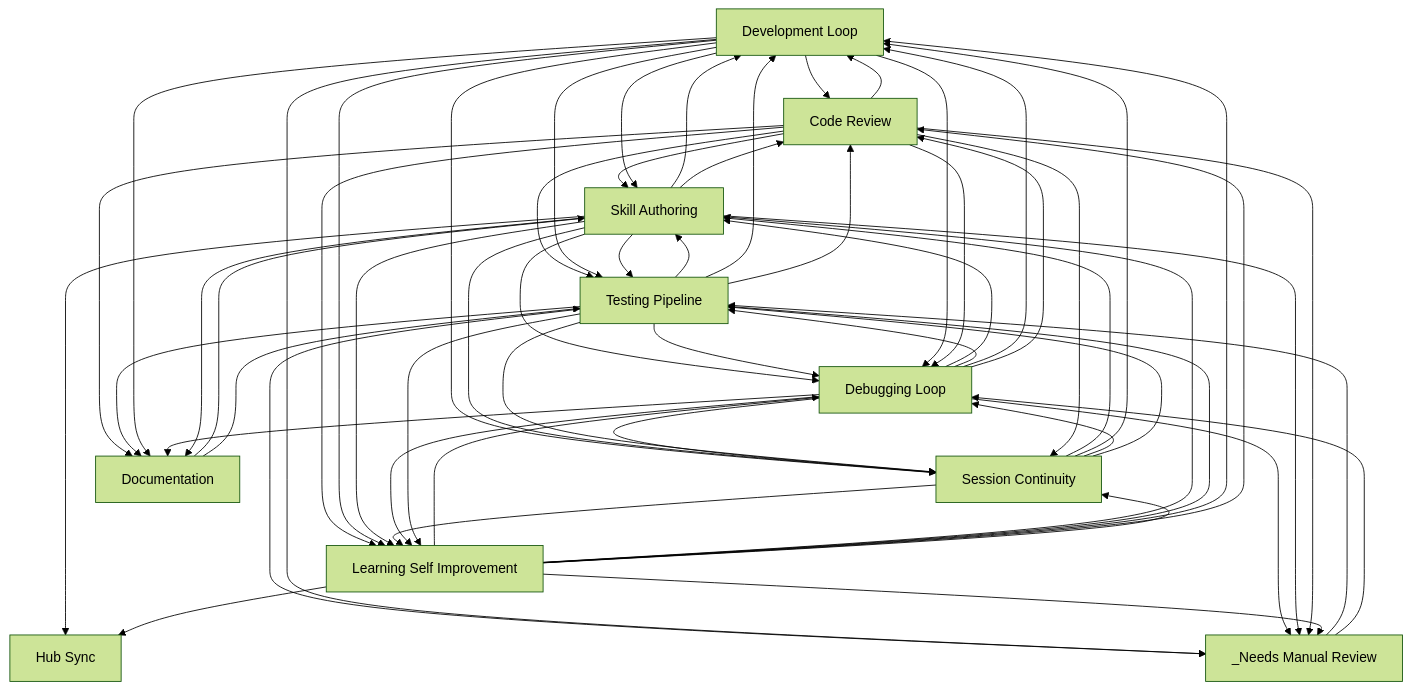
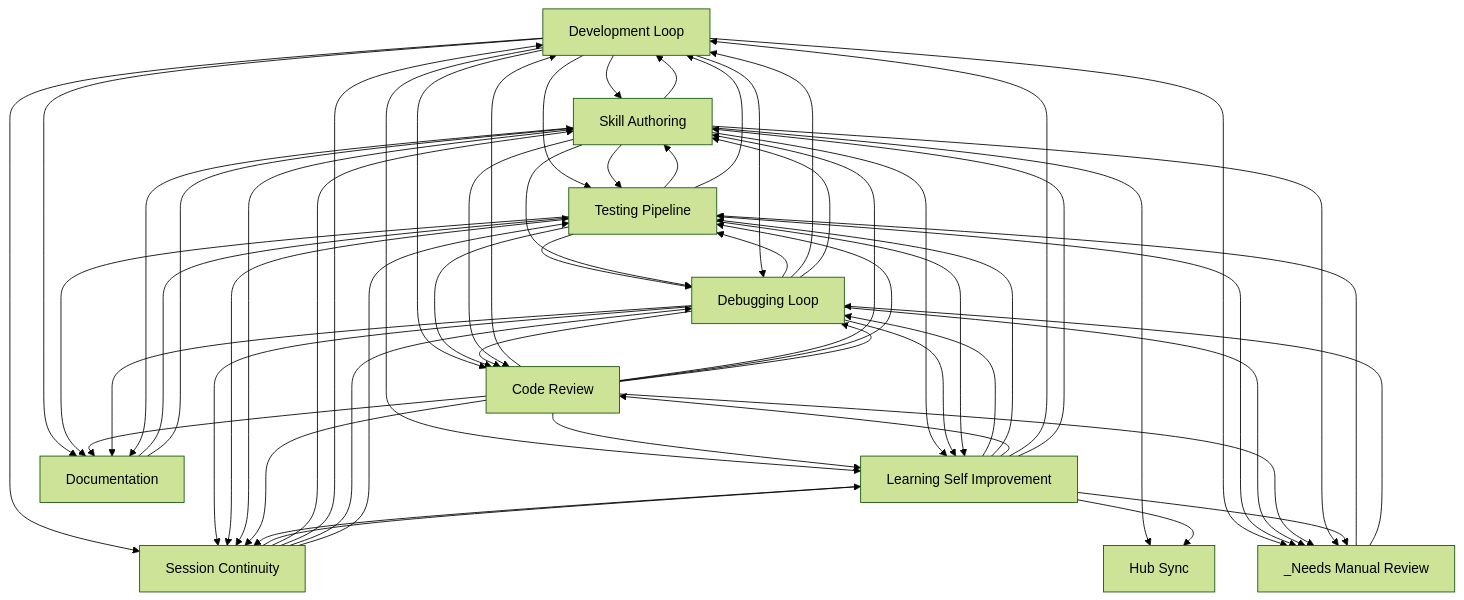
Before and after one commit to abhayla/claude-best-practices: the diagram in docs/workflows/INDEX.md, drawn with Mermaid (forest theme). The commit also changed other lines of this file and 13 other files, not shown here.

````diff
--- a/docs/workflows/INDEX.md
+++ b/docs/workflows/INDEX.md
@@ -22,71 +22,71 @@
 ```mermaid
 graph TD
     development_loop[Development Loop]
     testing_pipeline[Testing Pipeline]
     debugging_loop[Debugging Loop]
     learning_self_improvement[Learning Self Improvement]
     session_continuity[Session Continuity]
     skill_authoring[Skill Authoring]
     code_review[Code Review]
     documentation[Documentation]
     hub_sync[Hub Sync]
     _needs_manual_review[_Needs Manual Review]
+    documentation --> testing_pipeline
     documentation --> skill_authoring
-    documentation --> testing_pipeline
+    development_loop --> skill_authoring
+    development_loop --> code_review
+    code_review --> development_loop
     code_review --> skill_authoring
-    code_review --> development_loop
-    development_loop --> code_review
-    development_loop --> skill_authoring
+    development_loop --> testing_pipeline
+    development_loop --> learning_self_improvement
     code_review --> testing_pipeline
     code_review --> learning_self_improvement
-    development_loop --> testing_pipeline
-    development_loop --> learning_self_improvement
+    testing_pipeline --> skill_authoring
     skill_authoring --> testing_pipeline
-    testing_pipeline --> skill_authoring
+    testing_pipeline --> development_loop
+    testing_pipeline --> debugging_loop
+    skill_authoring --> development_loop
     skill_authoring --> debugging_loop
-    skill_authoring --> development_loop
-    testing_pipeline --> debugging_loop
-    testing_pipeline --> development_loop
     testing_pipeline --> code_review
+    debugging_loop --> testing_pipeline
+    debugging_loop --> code_review
+    debugging_loop --> development_loop
     debugging_loop --> skill_authoring
-    debugging_loop --> testing_pipeline
-    debugging_loop --> development_loop
-    debugging_loop --> code_review
     development_loop --> debugging_loop
     skill_authoring --> code_review
     skill_authoring --> learning_self_improvement
+    development_loop --> _needs_manual_review
     testing_pipeline --> _needs_manual_review
-    development_loop --> _needs_manual_review
+    development_loop --> documentation
+    testing_pipeline --> documentation
     code_review --> documentation
-    testing_pipeline --> documentation
-    development_loop --> documentation
     development_loop --> session_continuity
     session_continuity --> learning_self_improvement
     _needs_manual_review --> testing_pipeline
-    skill_authoring --> session_continuity
     debugging_loop --> session_continuity
     testing_pipeline --> session_continuity
+    skill_authoring --> session_continuity
     _needs_manual_review --> debugging_loop
     debugging_loop --> learning_self_improvement
     testing_pipeline --> learning_self_improvement
     learning_self_improvement --> debugging_loop
+    learning_self_improvement --> testing_pipeline
+    learning_self_improvement --> code_review
+    learning_self_improvement --> development_loop
     learning_self_improvement --> skill_authoring
-    learning_self_improvement --> testing_pipeline
-    learning_self_improvement --> development_loop
-    learning_self_improvement --> code_review
     code_review --> debugging_loop
     debugging_loop --> _needs_manual_review
+    code_review --> _needs_manual_review
     skill_authoring --> _needs_manual_review
-    code_review --> _needs_manual_review
+    code_review --> session_continuity
     learning_self_improvement --> session_continuity
-    code_review --> session_continuity
     session_continuity --> skill_authoring
     debugging_loop --> documentation
     session_continuity --> development_loop
     session_continuity --> debugging_loop
     session_continuity --> testing_pipeline
     skill_authoring --> hub_sync
     learning_self_improvement --> hub_sync
     learning_self_improvement --> _needs_manual_review
     skill_authoring --> documentation
 ```
````
